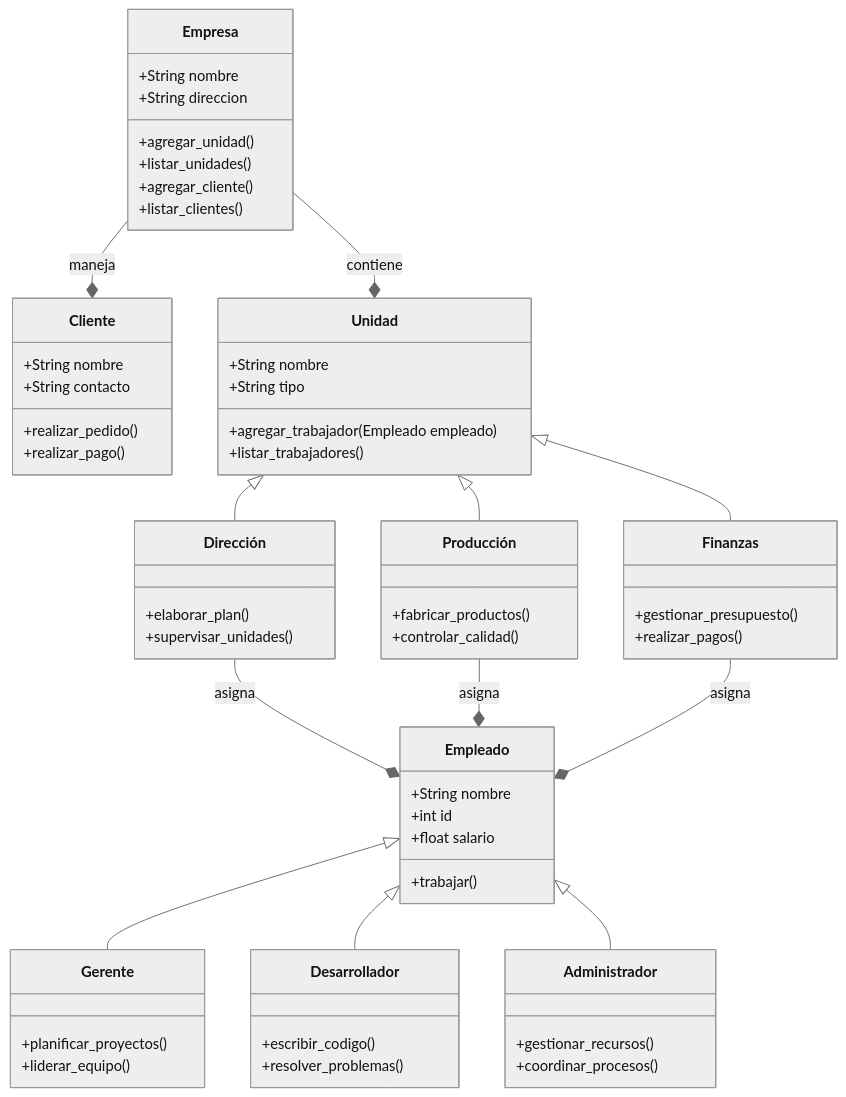
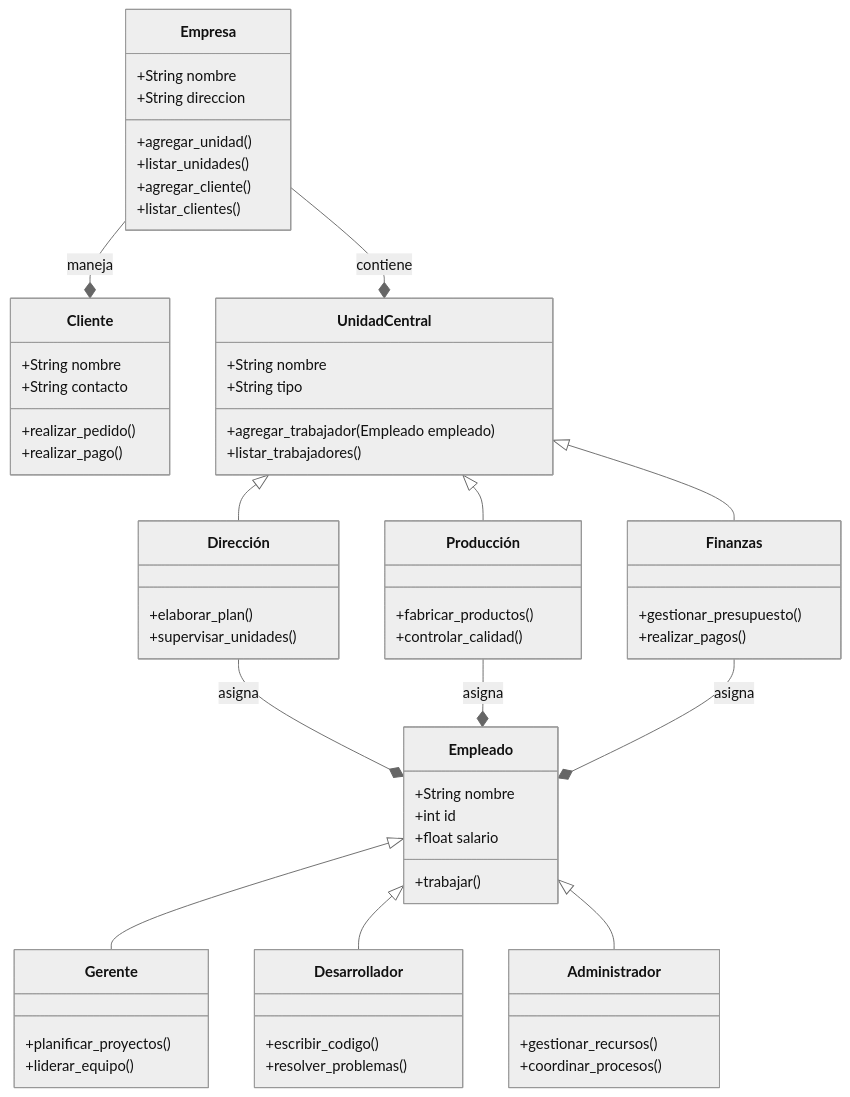
The fifth of 5 diagrams in README.md (santgm56/Reto_2), drawn with Mermaid (neutral theme) before and after one commit.

Commit message:
Reto:Version1.3.2

````diff
--- a/README.md
+++ b/README.md
@@ -176,67 +176,67 @@
 ```mermaid
 classDiagram
     class Empresa{
         +String nombre
         +String direccion
         +agregar_unidad()
         +listar_unidades()
         +agregar_cliente()
         +listar_clientes()
     }
     class Cliente{
         +String nombre
         +String contacto
         +realizar_pedido()
         +realizar_pago()
     }
-    class Unidad{
+    class UnidadCentral{
         +String nombre
         +String tipo
         +agregar_trabajador(Empleado empleado)
         +listar_trabajadores()
     }
     class Empleado{
         +String nombre
         +int id
         +float salario
         +trabajar()
     }
-    Empresa --* Unidad : contiene
+    Empresa --* UnidadCentral: contiene
     Empresa --* Cliente : maneja
 
-    Unidad <|-- Dirección
-    Unidad <|-- Producción
-    Unidad <|-- Finanzas
+    UnidadCentral <|-- Dirección
+    UnidadCentral <|-- Producción
+    UnidadCentral <|-- Finanzas
     Dirección --*  Empleado: asigna
     Empleado <|-- Gerente
     Producción --*  Empleado: asigna
     Empleado <|-- Desarrollador
     Finanzas --*  Empleado: asigna
 
     Empleado <|-- Administrador
     class Dirección{
         +elaborar_plan()
         +supervisar_unidades()
     }
     class Producción{
         +fabricar_productos()
         +controlar_calidad()
     }
     class Finanzas{
         +gestionar_presupuesto()
         +realizar_pagos()
     }
     class Gerente{
         +planificar_proyectos()
         +liderar_equipo()
     }
     class Desarrollador{
         +escribir_codigo()
         +resolver_problemas()
     }
     class Administrador{
         +gestionar_recursos()
         +coordinar_procesos()
     }
 
 ```
````
